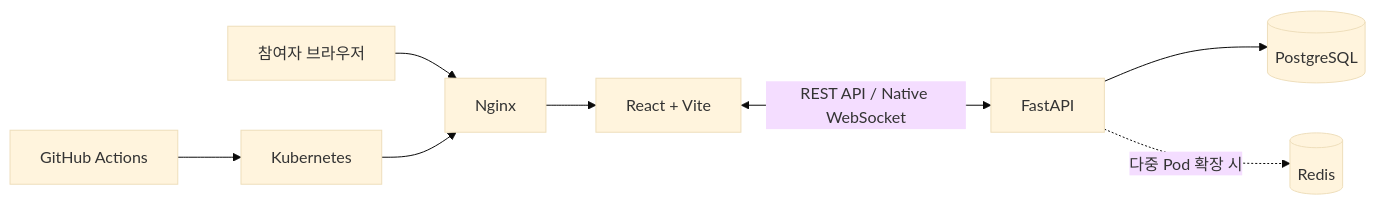
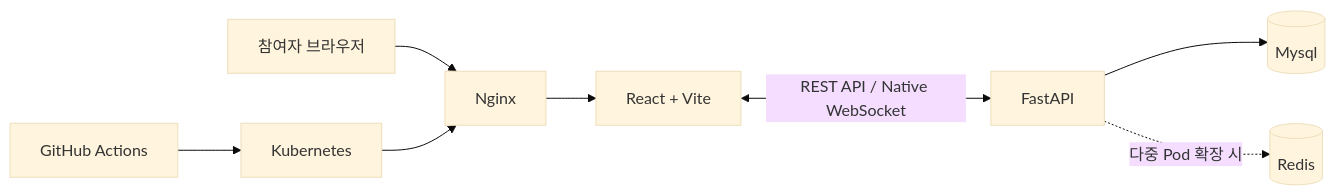
Before and after one commit to SunMoonUniv/ModuPick: the diagram in README.md, drawn with Mermaid (base theme).

````diff
--- a/README.md
+++ b/README.md
@@ -100,10 +100,10 @@
 ```mermaid
 flowchart LR
     U["참여자 브라우저"] --> N["Nginx"]
     N --> F["React + Vite"]
     F <-->|"REST API / Native WebSocket"| B["FastAPI"]
-    B --> P[("PostgreSQL")]
+    B --> P[("Mysql")]
     B -. "다중 Pod 확장 시" .-> R[("Redis")]
     G["GitHub Actions"] --> K["Kubernetes"]
     K --> N
 ```
````
